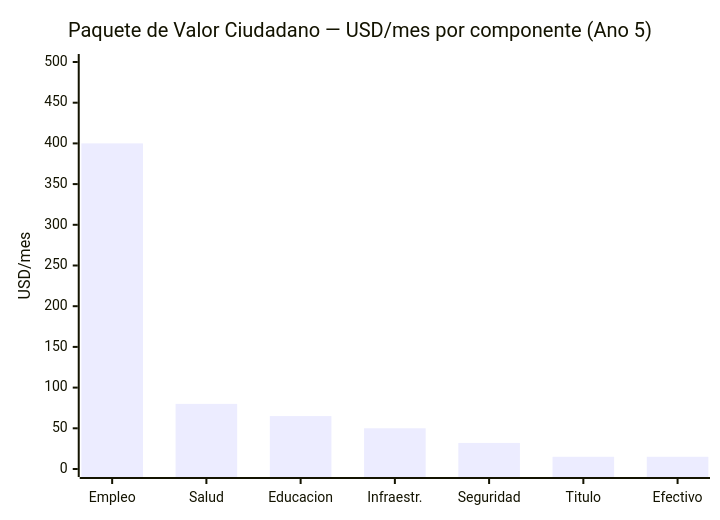
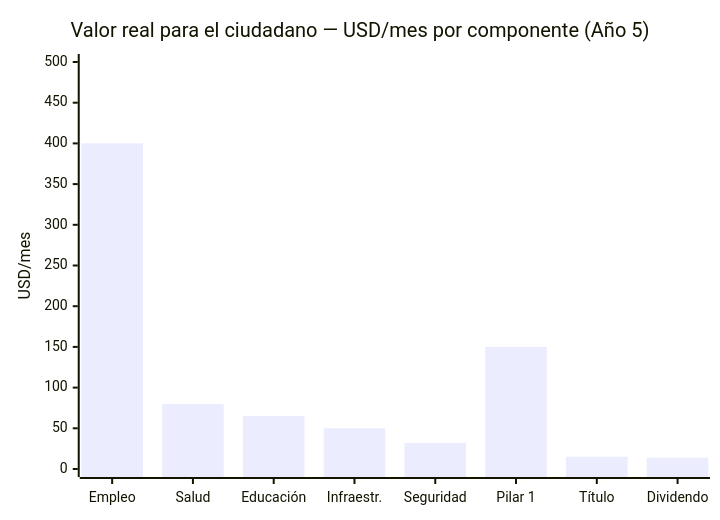
The diagram in docs/03-ciudadanos/los-que-se-quedaron.md (Venezuela-S-A/venezuela-sa), drawn with Mermaid before and after one commit. The commit also changed other lines of this file and 1 other file, not shown here.

````diff
--- a/docs/03-ciudadanos/los-que-se-quedaron.md
+++ b/docs/03-ciudadanos/los-que-se-quedaron.md
@@ -134,7 +203,7 @@
 ```mermaid
 xychart-beta
-    title "Paquete de Valor Ciudadano — USD/mes por componente (Ano 5)"
-    x-axis ["Empleo", "Salud", "Educacion", "Infraestr.", "Seguridad", "Titulo", "Efectivo"]
+    title "Valor real para el ciudadano — USD/mes por componente (Año 5)"
+    x-axis ["Empleo", "Salud", "Educación", "Infraestr.", "Seguridad", "Pilar 1", "Título", "Dividendo"]
     y-axis "USD/mes" 0 --> 500
-    bar [400, 80, 65, 50, 32, 15, 15]
+    bar [400, 80, 65, 50, 32, 150, 15, 14]
 ```
````
